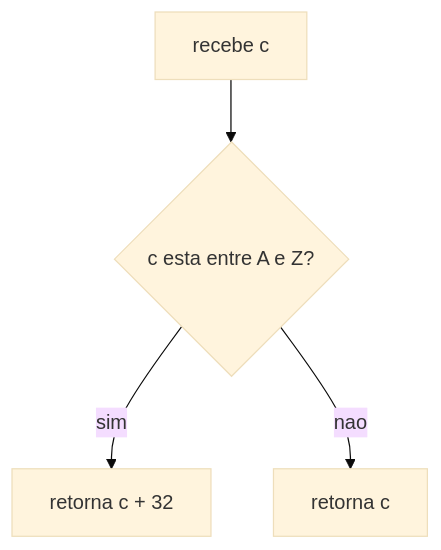
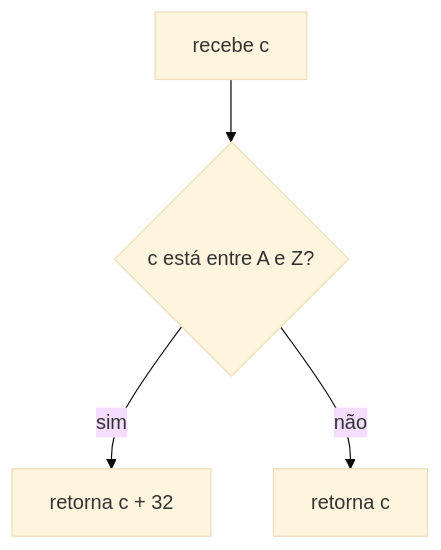
Diagram 14 of 43 in 1-libft/Readme.md (ahy-git/docs), drawn with Mermaid (base theme) before and after one commit. The commit also changed other lines of this file and 1 other file, not shown here.

````diff
--- a/1-libft/Readme.md
+++ b/1-libft/Readme.md
@@ -1334,6 +1266,6 @@
 ```mermaid
 flowchart TD
-	A[recebe c] --> B{c esta entre A e Z?}
-	B -- sim --> C[retorna c + 32]
-	B -- nao --> D[retorna c]
+	A["recebe c"] --> B{"c está entre A e Z?"}
+	B -- sim --> C["retorna c + 32"]
+	B -- não --> D["retorna c"]
 ```
````
